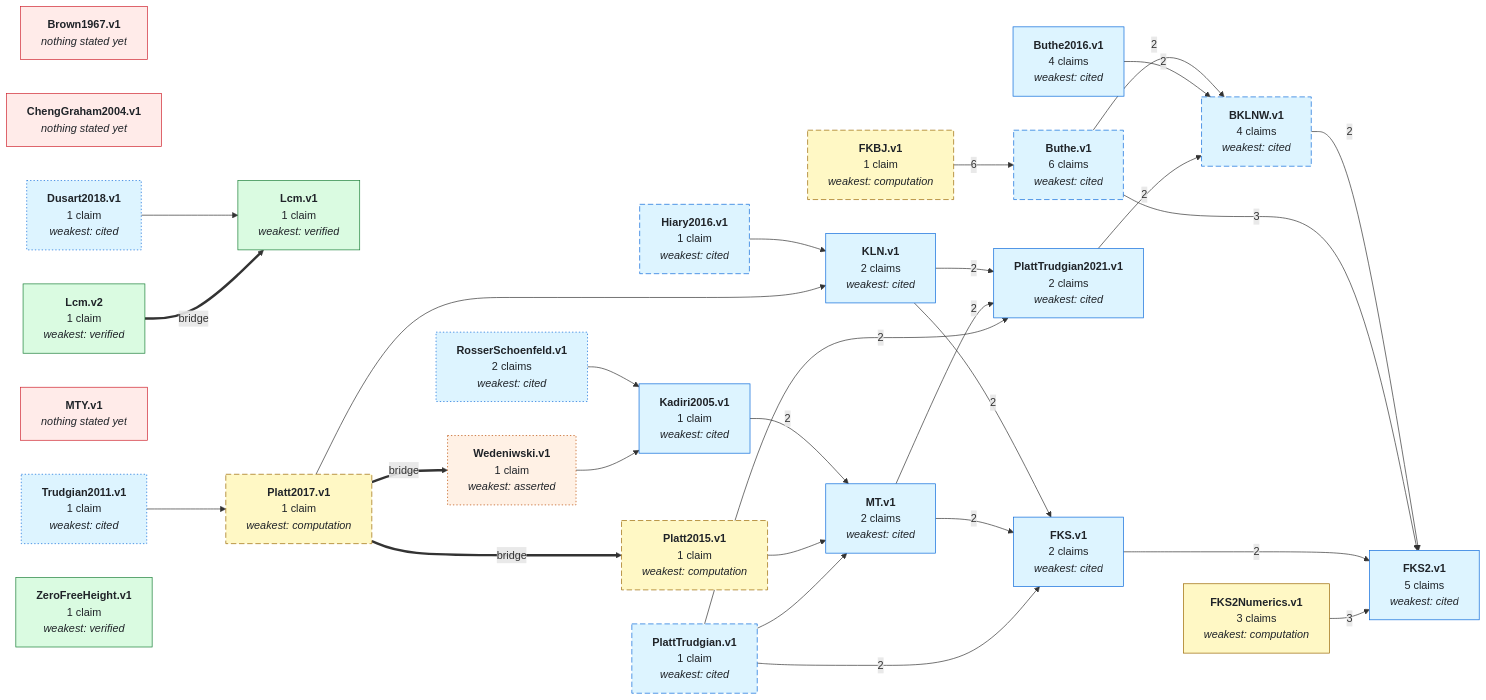
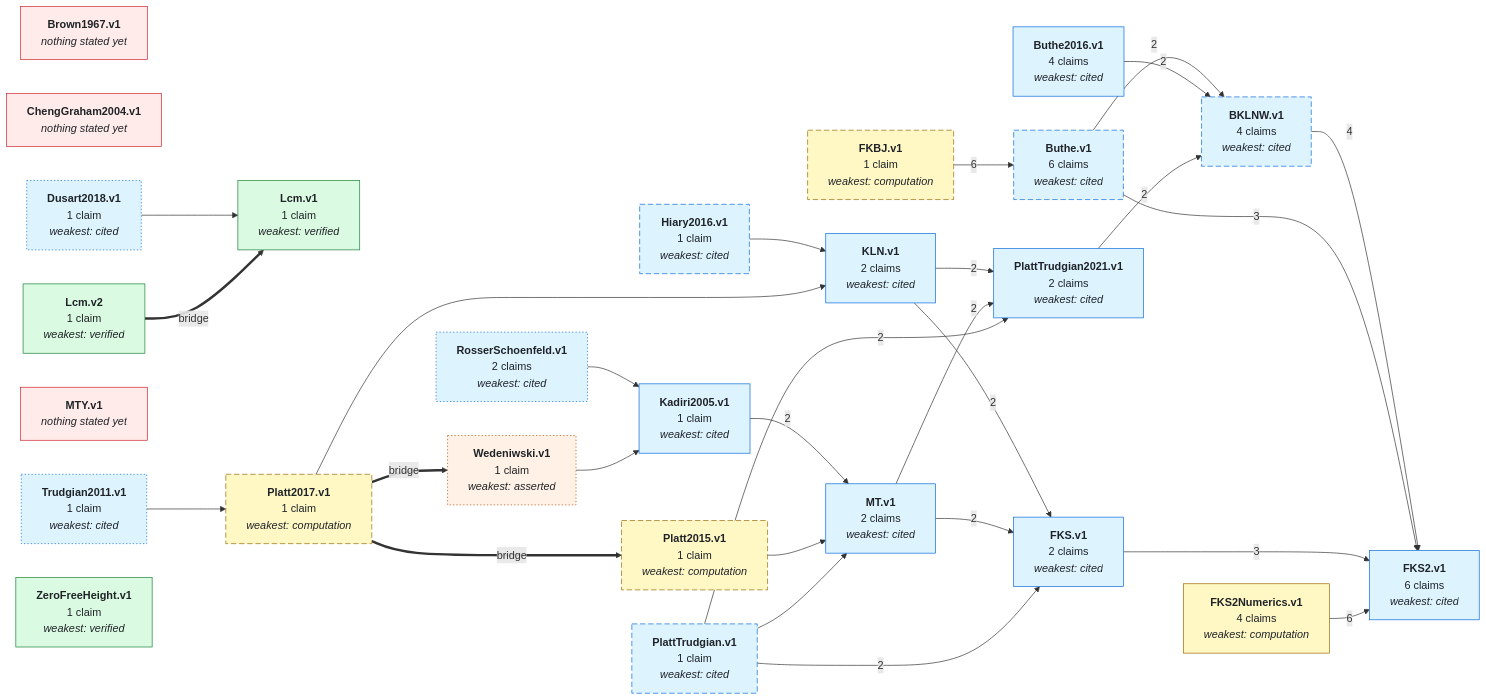
The first of 2 diagrams in GRAPH.md (teorth/IEANTN), drawn with Mermaid before and after one commit. The commit also changed other lines of this file and 18 other files, not shown here.

```diff
--- a/GRAPH.md
+++ b/GRAPH.md
@@ -50,8 +50,8 @@
   NDusart2018_v1["<b>Dusart2018.v1</b><br/>1 claim<br/><i>weakest: cited</i>"]
   NFKBJ_v1["<b>FKBJ.v1</b><br/>1 claim<br/><i>weakest: computation</i>"]
   NFKS_v1["<b>FKS.v1</b><br/>2 claims<br/><i>weakest: cited</i>"]
-  NFKS2_v1["<b>FKS2.v1</b><br/>5 claims<br/><i>weakest: cited</i>"]
-  NFKS2Numerics_v1["<b>FKS2Numerics.v1</b><br/>3 claims<br/><i>weakest: computation</i>"]
+  NFKS2_v1["<b>FKS2.v1</b><br/>6 claims<br/><i>weakest: cited</i>"]
+  NFKS2Numerics_v1["<b>FKS2Numerics.v1</b><br/>4 claims<br/><i>weakest: computation</i>"]
   NHiary2016_v1["<b>Hiary2016.v1</b><br/>1 claim<br/><i>weakest: cited</i>"]
   NKLN_v1["<b>KLN.v1</b><br/>2 claims<br/><i>weakest: cited</i>"]
   NKadiri2005_v1["<b>Kadiri2005.v1</b><br/>1 claim<br/><i>weakest: cited</i>"]
@@ -67,14 +67,14 @@
   NTrudgian2011_v1["<b>Trudgian2011.v1</b><br/>1 claim<br/><i>weakest: cited</i>"]
   NWedeniwski_v1["<b>Wedeniwski.v1</b><br/>1 claim<br/><i>weakest: asserted</i>"]
   NZeroFreeHeight_v1["<b>ZeroFreeHeight.v1</b><br/>1 claim<br/><i>weakest: verified</i>"]
-  NBKLNW_v1 -->|2| NFKS2_v1
+  NBKLNW_v1 -->|4| NFKS2_v1
   NButhe_v1 -->|2| NBKLNW_v1
   NButhe_v1 -->|3| NFKS2_v1
   NButhe2016_v1 -->|2| NBKLNW_v1
   NDusart2018_v1 --> NLcm_v1
   NFKBJ_v1 -->|6| NButhe_v1
-  NFKS_v1 -->|2| NFKS2_v1
-  NFKS2Numerics_v1 -->|3| NFKS2_v1
+  NFKS_v1 -->|3| NFKS2_v1
+  NFKS2Numerics_v1 -->|6| NFKS2_v1
   NHiary2016_v1 --> NKLN_v1
   NKLN_v1 -->|2| NFKS_v1
   NKLN_v1 -->|2| NPlattTrudgian2021_v1
```
